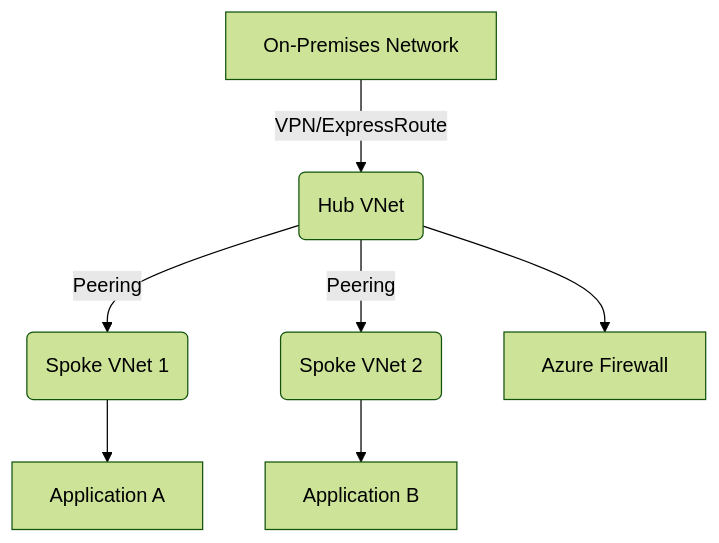
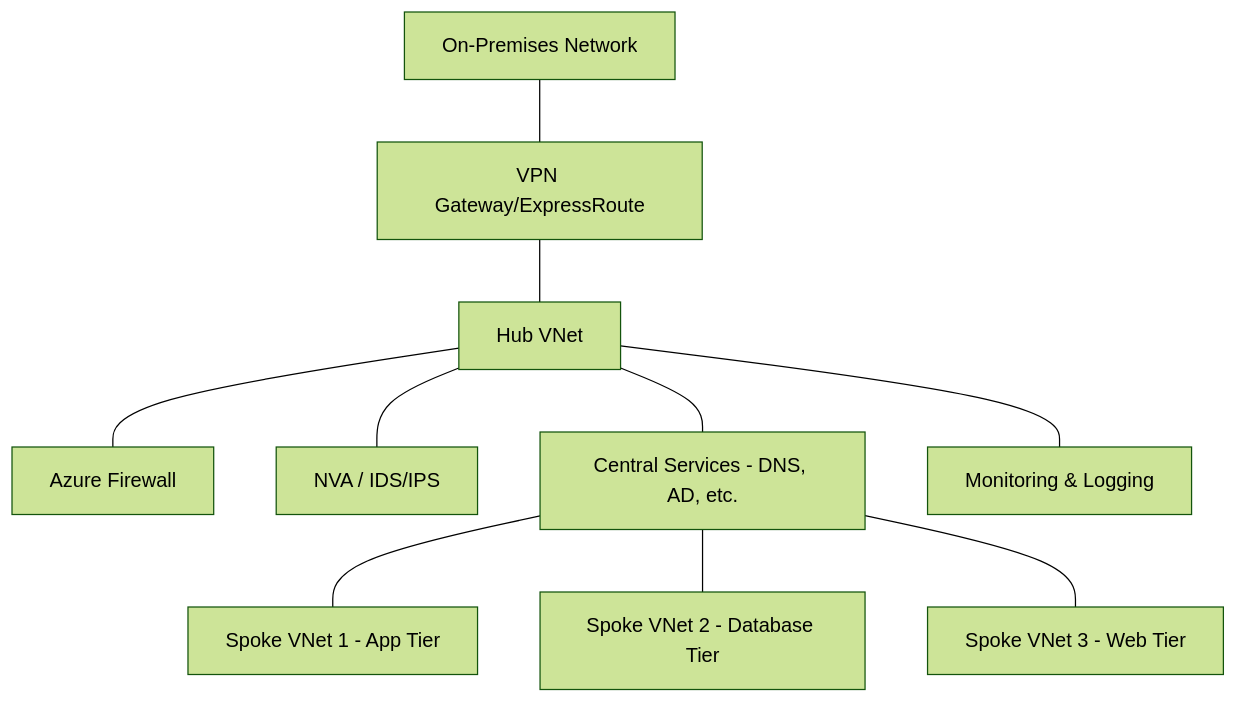
The first of 2 diagrams in cloud_azure_overview.md (dcop7/tips_and_guides), drawn with Mermaid (forest theme) before and after one commit. The commit also changed other lines of this file, not shown here.

````diff
--- a/cloud_azure_overview.md
+++ b/cloud_azure_overview.md
@@ -205,9 +200,12 @@
 ```mermaid
 graph TD;
-    A[On-Premises Network] -->|VPN/ExpressRoute| B(Hub VNet);
-    B -->|Peering| C(Spoke VNet 1);
-    B -->|Peering| D(Spoke VNet 2);
-    C --> E[Application A];
-    D --> F[Application B];
-    B --> G[Azure Firewall];
+    A[On‑Premises Network] --- B[VPN Gateway/ExpressRoute]
+    B --- C[Hub VNet]
+    C --- D[Azure Firewall]
+    C --- E[NVA / IDS/IPS]
+    C --- F[Central Services - DNS, AD, etc.]
+    C --- G[Monitoring & Logging]
+    F --- H[Spoke VNet 1 - App Tier]
+    F --- I[Spoke VNet 2 - Database Tier]
+    F --- J[Spoke VNet 3 - Web Tier]
 ```
````
